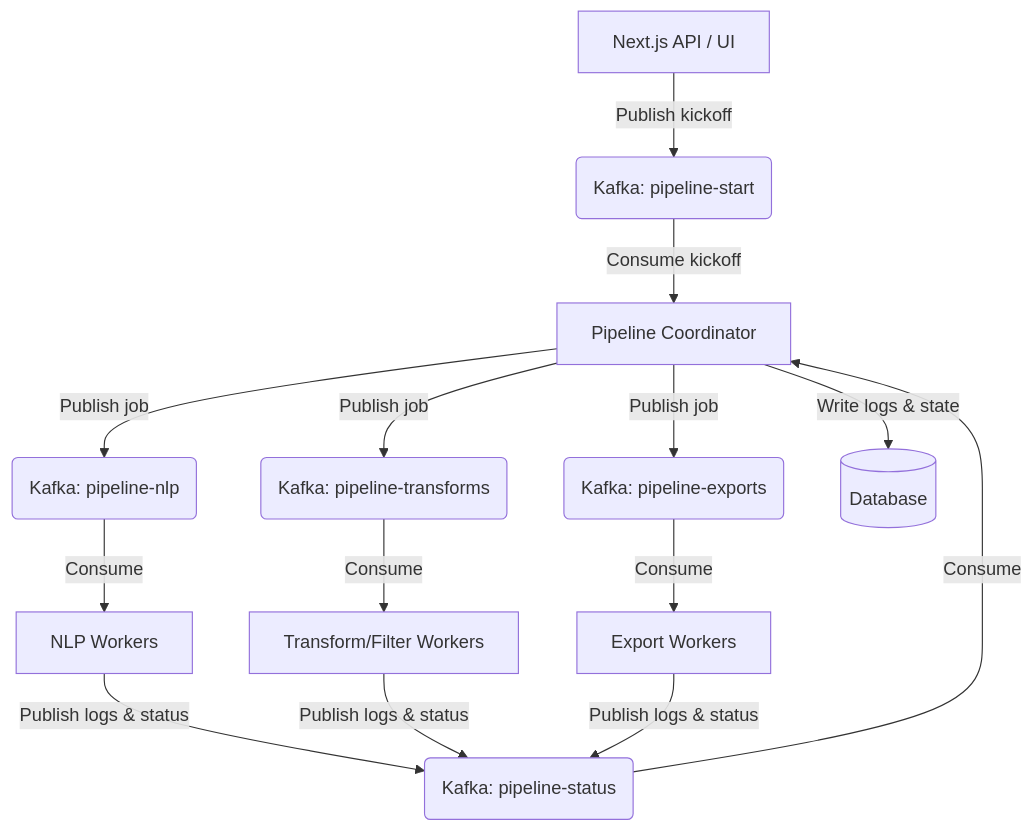
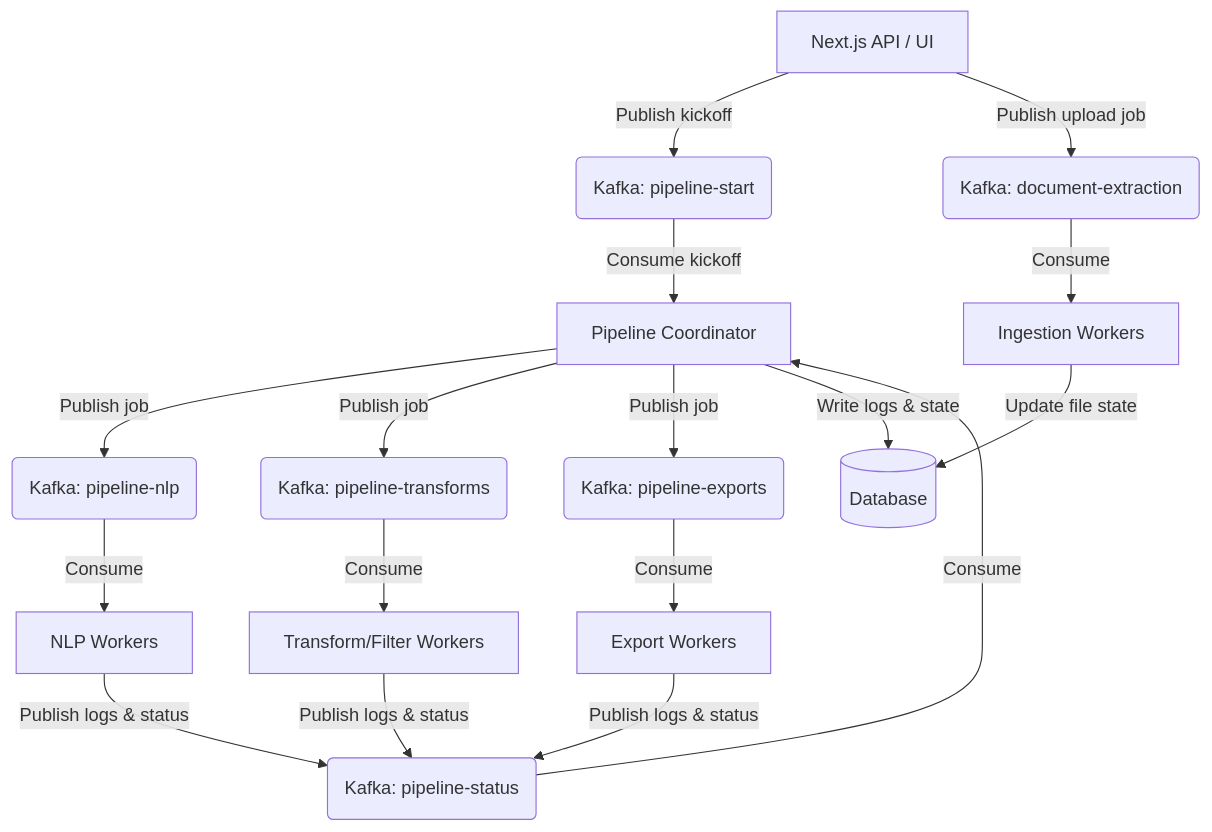
Before and after one commit to therealmaxence/Hackmanite: the diagram in wiki/9_Distributed_Kafka_Pipeline.md, drawn with Mermaid. The commit also changed other lines of this file and 9 other files, not shown here.

````diff
--- a/wiki/9_Distributed_Kafka_Pipeline.md
+++ b/wiki/9_Distributed_Kafka_Pipeline.md
@@ -11,20 +11,23 @@
 ```mermaid
 graph TD
     UI[Next.js API / UI] -->|Publish kickoff| StartTopic(Kafka: pipeline-start)
+    UI -->|Publish upload job| IngestionTopic(Kafka: document-extraction)
+    
     StartTopic -->|Consume kickoff| Coordinator[Pipeline Coordinator]
-    
     Coordinator -->|Publish job| NLPJob(Kafka: pipeline-nlp)
     Coordinator -->|Publish job| TransJob(Kafka: pipeline-transforms)
     Coordinator -->|Publish job| ExportJob(Kafka: pipeline-exports)
     
     NLPJob -->|Consume| NLPWorker[NLP Workers]
     TransJob -->|Consume| TransWorker[Transform/Filter Workers]
     ExportJob -->|Consume| ExportWorker[Export Workers]
+    IngestionTopic -->|Consume| IngestionWorker[Ingestion Workers]
     
     NLPWorker -->|Publish logs & status| StatusTopic(Kafka: pipeline-status)
     TransWorker -->|Publish logs & status| StatusTopic
     ExportWorker -->|Publish logs & status| StatusTopic
     
+    IngestionWorker -->|Update file state| DB[(Database)]
     StatusTopic -->|Consume| Coordinator
-    Coordinator -->|Write logs & state| DB[(Database)]
+    Coordinator -->|Write logs & state| DB
 ```
````
